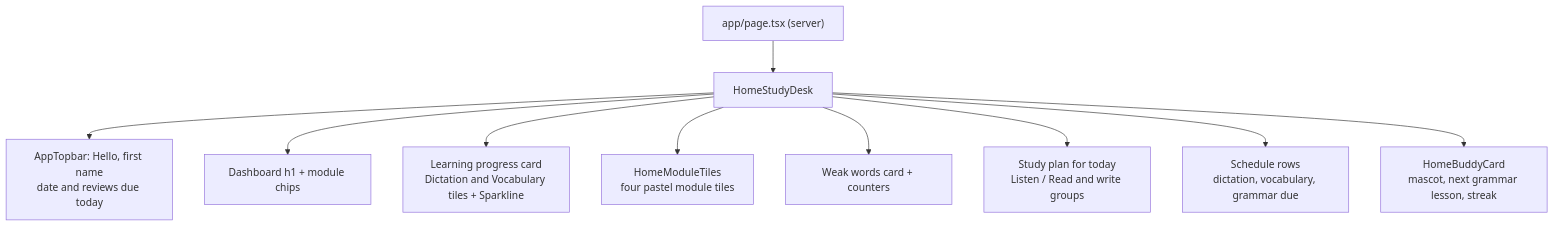
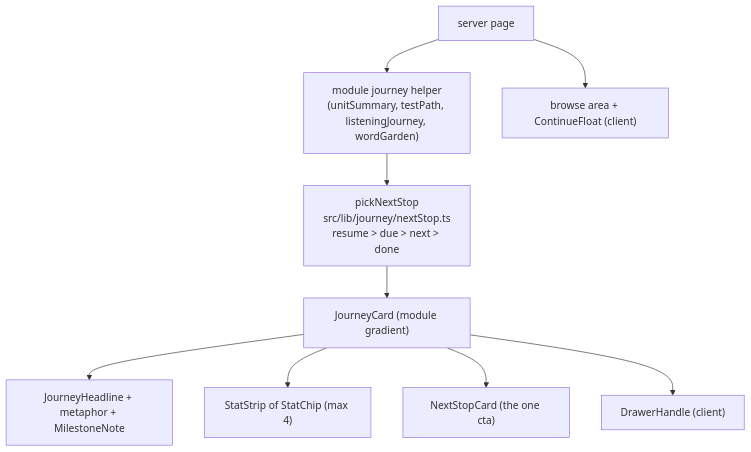
One commit to NaKMiers/English_For_Only_Me changed the first of 3 diagrams in docs/06-frontend.md. Above: the diagram before and after it, drawn with Mermaid. The commit also changed other lines of this file, not shown here.

First line of the commit message:
docs(frontend): sync 06-frontend with the calm-progress UI

````diff
--- a/docs/06-frontend.md
+++ b/docs/06-frontend.md
@@ -256,12 +225,11 @@
 ```mermaid
 graph TD
-  Page["app/page.tsx (server)"] --> Desk["HomeStudyDesk"]
-  Desk --> Top["AppTopbar: Hello, first name<br/>date and reviews due today"]
-  Desk --> Head["Dashboard h1 + module chips"]
-  Desk --> Progress["Learning progress card<br/>Dictation and Vocabulary tiles + Sparkline"]
-  Desk --> Tiles["HomeModuleTiles<br/>four pastel module tiles"]
-  Desk --> Bottom["Weak words card + counters"]
-  Desk --> Plan["Study plan for today<br/>Listen / Read and write groups"]
-  Desk --> Schedule["Schedule rows<br/>dictation, vocabulary, grammar due"]
-  Desk --> Buddy["HomeBuddyCard<br/>mascot, next grammar lesson, streak"]
+  Page["server page"] --> Helper["module journey helper<br/>(unitSummary, testPath, listeningJourney, wordGarden)"]
+  Helper --> Pick["pickNextStop<br/>src/lib/journey/nextStop.ts<br/>resume > due > next > done"]
+  Pick --> Card["JourneyCard (module gradient)"]
+  Card --> Headline["JourneyHeadline + metaphor + MilestoneNote"]
+  Card --> Stats["StatStrip of StatChip (max 4)"]
+  Card --> Next["NextStopCard (the one cta)"]
+  Card --> Handle["DrawerHandle (client)"]
+  Page --> Browse["browse area + ContinueFloat (client)"]
 ```
````
